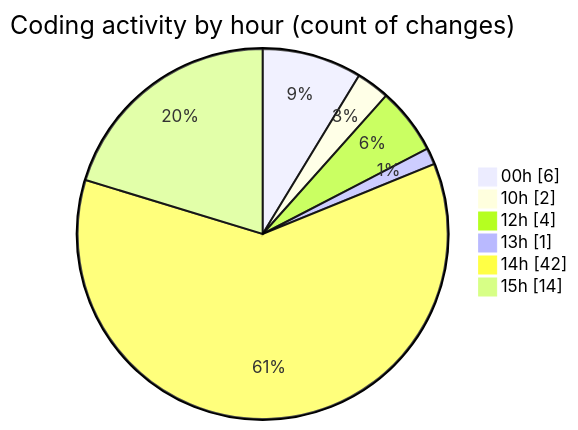
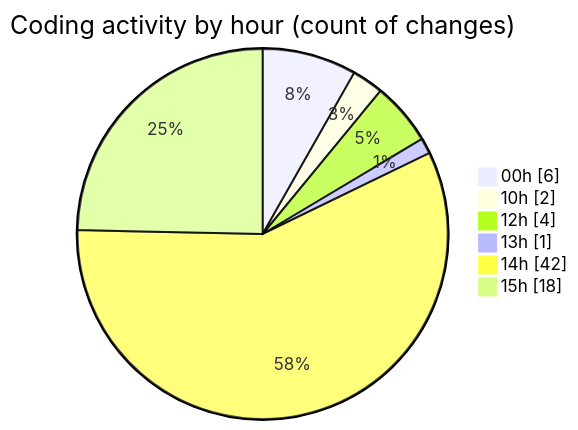
One commit to nxtqubesakshisongat/code-tracking changed the second of 2 diagrams in 2025-06-04/nxtqube_webapp/README.md. Above: the diagram before and after it, drawn with Mermaid. The commit also changed other lines of this file and 1 other file, not shown here.

````diff
--- a/2025-06-04/nxtqube_webapp/README.md
+++ b/2025-06-04/nxtqube_webapp/README.md
@@ -34,10 +34,10 @@
 ```mermaid
 pie showData
 title Coding activity by hour (count of changes)
 "00h" : 6
 "10h" : 2
 "12h" : 4
 "13h" : 1
 "14h" : 42
-"15h" : 14
+"15h" : 18
 ```
````
